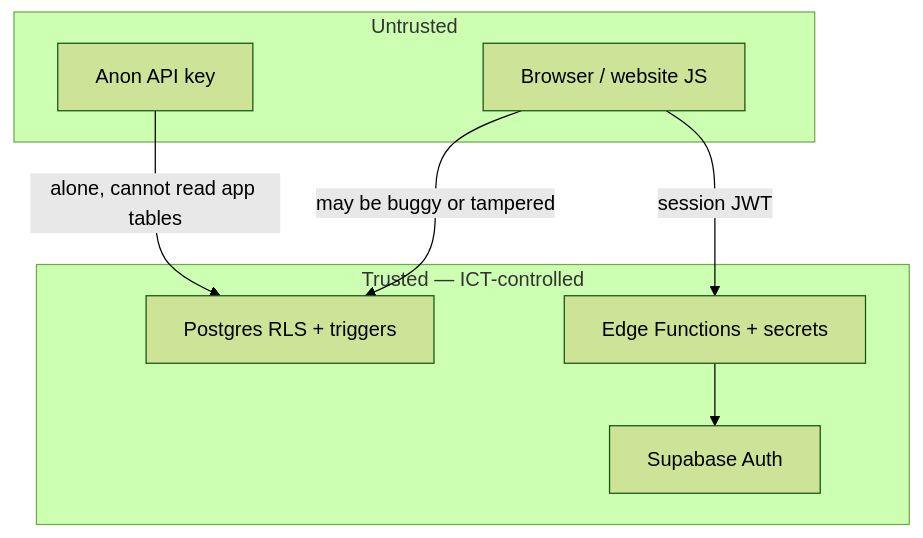
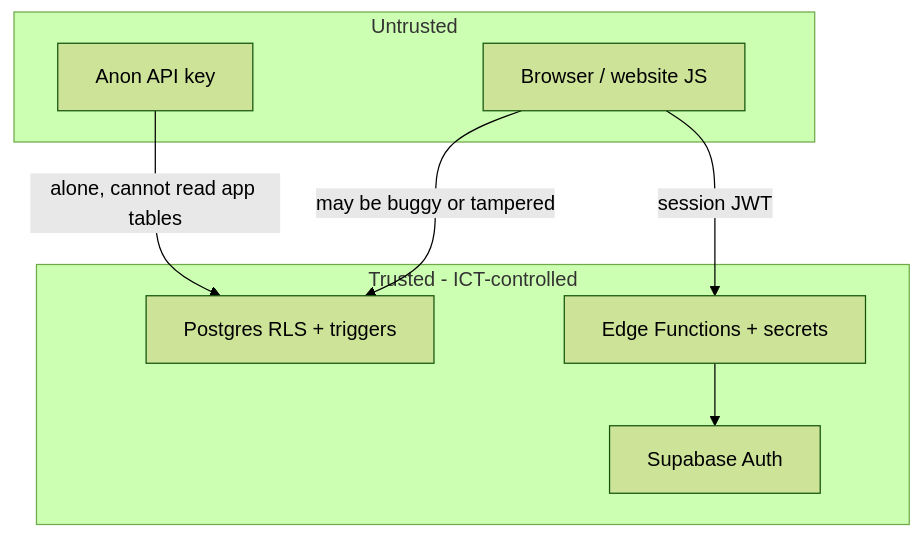
Before and after one commit to SirKaiwade/UNU_Nexus: the fifth of 5 diagrams in TECHNICAL.md, drawn with Mermaid (forest theme). The commit also changed other lines of this file and 1 other file, not shown here.

````diff
--- a/TECHNICAL.md
+++ b/TECHNICAL.md
@@ -458,18 +458,18 @@
 ```mermaid
 flowchart TB
   subgraph Untrusted["Untrusted"]
     BR[Browser / website JS]
     ANON[Anon API key]
   end
 
-  subgraph Trusted["Trusted — ICT-controlled"]
+  subgraph Trusted["Trusted - ICT-controlled"]
     RLS[Postgres RLS + triggers]
     FN[Edge Functions + secrets]
     AUTH[Supabase Auth]
   end
 
   BR -->|"may be buggy or tampered"| RLS
   ANON -->|"alone, cannot read app tables"| RLS
   BR -->|"session JWT"| FN
   FN --> AUTH
 ```
````
